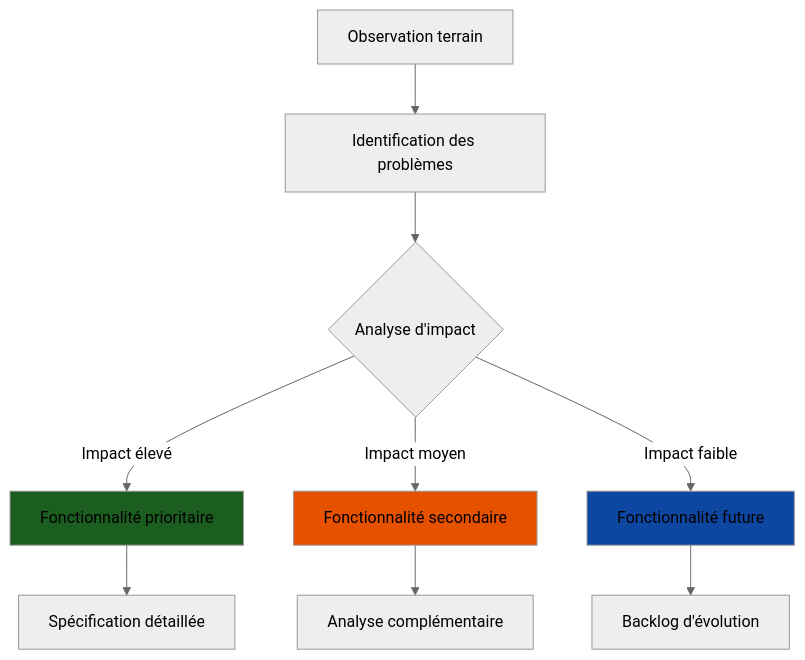
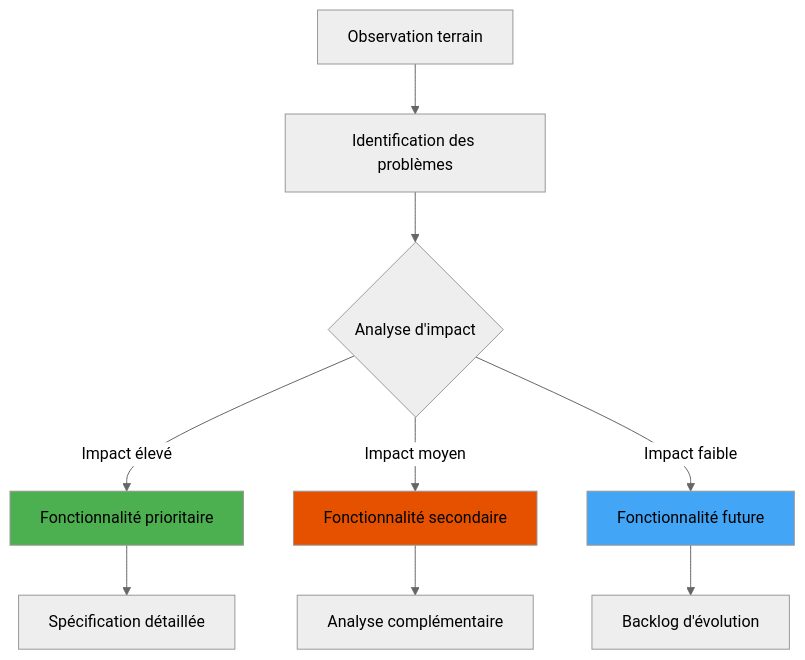
One commit to Netsbump/dropit-documentation changed the first of 2 diagrams in src/content/docs/conception/analyse.md. Above: the diagram before and after it, drawn with Mermaid (neutral theme).

Commit message:
📝 docs: colors analyse diagram

````diff
--- a/src/content/docs/conception/analyse.md
+++ b/src/content/docs/conception/analyse.md
@@ -16,16 +16,16 @@
 ```mermaid
 graph TD
     A[Observation terrain] --> B[Identification des problèmes]
     B --> C{Analyse d'impact}
     C -->|Impact élevé| D[Fonctionnalité prioritaire]
     C -->|Impact moyen| E[Fonctionnalité secondaire]
     C -->|Impact faible| F[Fonctionnalité future]
     
     D --> G[Spécification détaillée]
     E --> H[Analyse complémentaire]
     F --> I[Backlog d'évolution]
     
-    style D fill:#1b5e20
+    style D fill:#4caf50
     style E fill:#e65100
-    style F fill:#0d47a1
+    style F fill:#42a5f5
 ```
````
